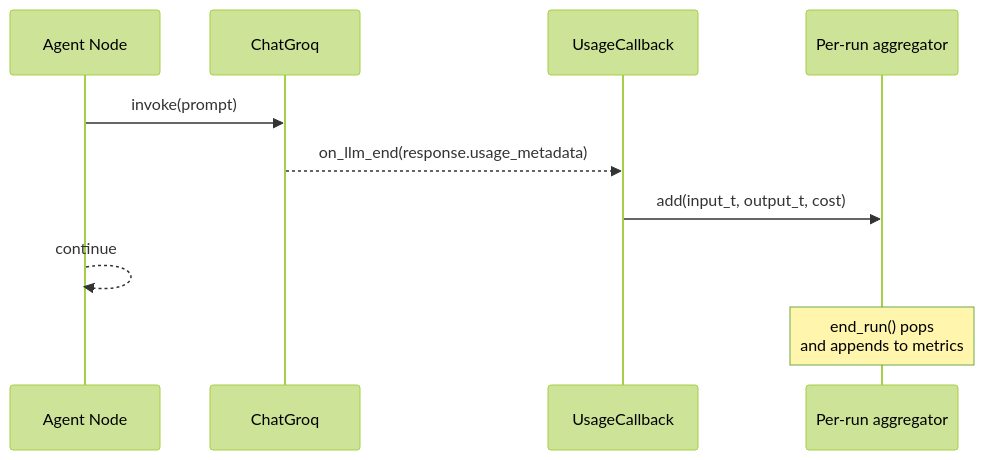
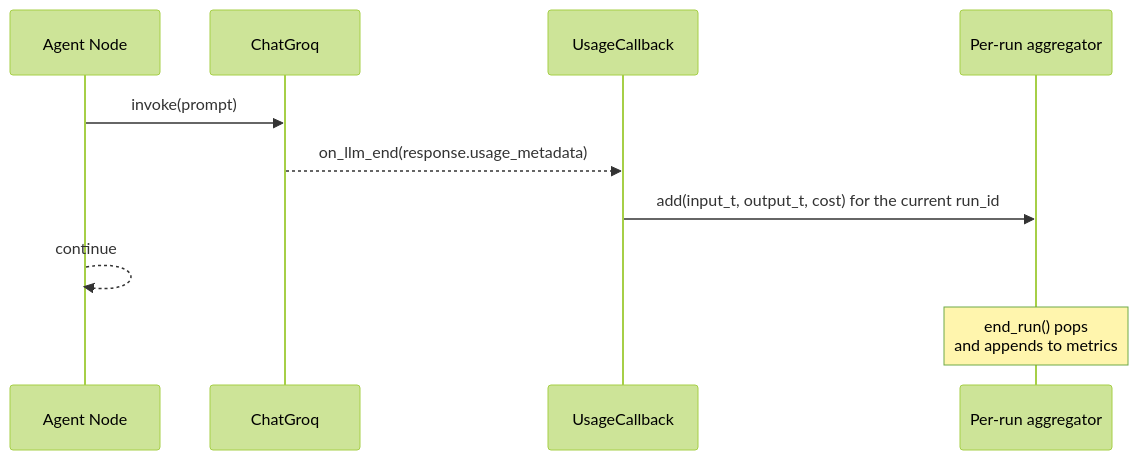
The fifth of 6 diagrams in ARCHITECTURE.md (Sanchitaccenture/deep-research-agent), drawn with Mermaid (forest theme) before and after one commit. The commit also changed other lines of this file, not shown here.

Commit message:
Update ARCHITECTURE.md to match current design

````diff
--- a/ARCHITECTURE.md
+++ b/ARCHITECTURE.md
@@ -164,13 +290,13 @@
 ```mermaid
 sequenceDiagram
     participant Node as Agent Node
     participant LLM as ChatGroq
     participant CB as UsageCallback
     participant AGG as Per-run aggregator
 
     Node->>LLM: invoke(prompt)
     LLM-->>CB: on_llm_end(response.usage_metadata)
-    CB->>AGG: add(input_t, output_t, cost)
+    CB->>AGG: add(input_t, output_t, cost) for the current run_id
     Node-->>Node: continue
     Note over AGG: end_run() pops<br/>and appends to metrics
 ```
````
